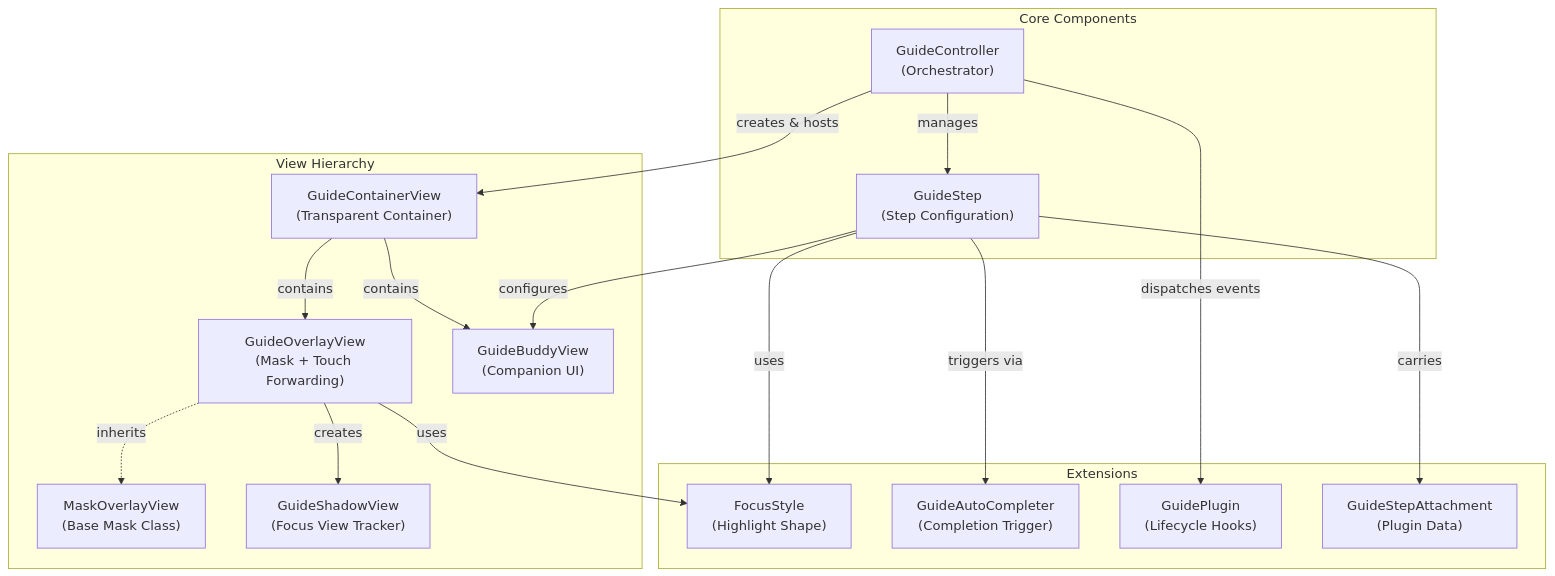
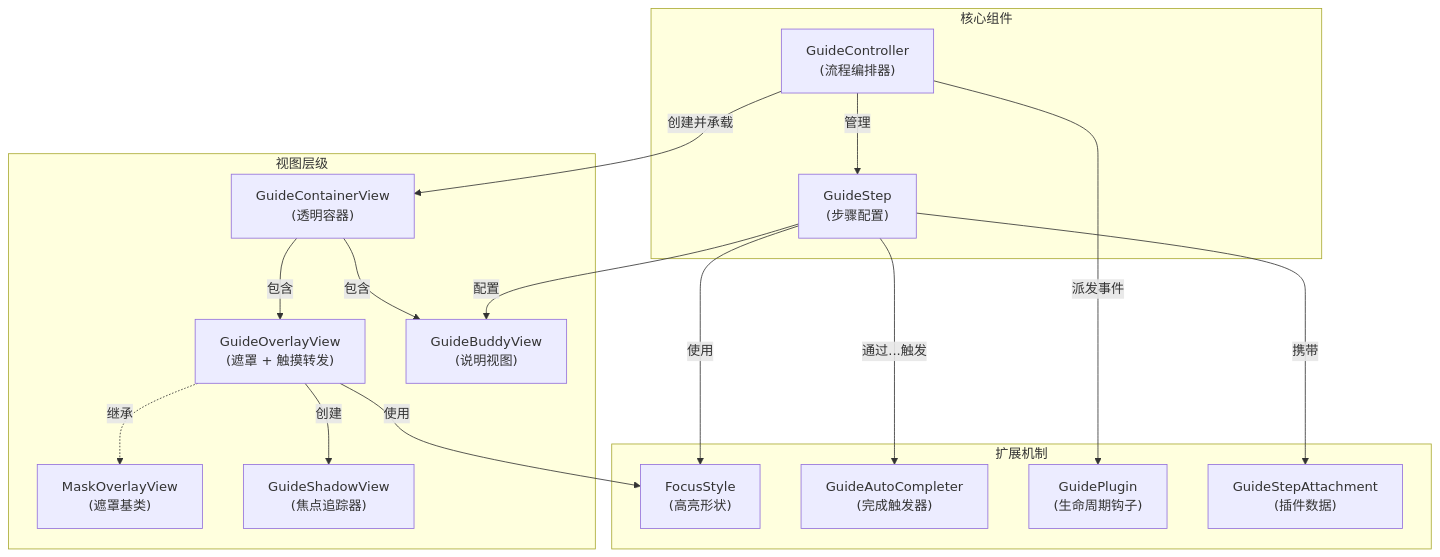
One commit to noodles1024/PolarisGuideKit changed the diagram in README.md. Above: the diagram before and after it, drawn with Mermaid. The commit also changed other lines of this file and 3 other files, not shown here.

````diff
--- a/README.md
+++ b/README.md
@@ -170,38 +170,38 @@
 ```mermaid
 flowchart TB
-    subgraph Core["Core Components"]
-        GuideController["GuideController<br/>(Orchestrator)"]
-        GuideStep["GuideStep<br/>(Step Configuration)"]
+    subgraph Core["核心组件"]
+        GuideController["GuideController<br/>(流程编排器)"]
+        GuideStep["GuideStep<br/>(步骤配置)"]
     end
 
-    subgraph ViewHierarchy["View Hierarchy"]
-        GuideContainerView["GuideContainerView<br/>(Transparent Container)"]
-        GuideOverlayView["GuideOverlayView<br/>(Mask + Touch Forwarding)"]
-        MaskOverlayView["MaskOverlayView<br/>(Base Mask Class)"]
-        GuideBuddyView["GuideBuddyView<br/>(Companion UI)"]
-        GuideShadowView["GuideShadowView<br/>(Focus View Tracker)"]
+    subgraph ViewHierarchy["视图层级"]
+        GuideContainerView["GuideContainerView<br/>(透明容器)"]
+        GuideOverlayView["GuideOverlayView<br/>(遮罩 + 触摸转发)"]
+        MaskOverlayView["MaskOverlayView<br/>(遮罩基类)"]
+        GuideBuddyView["GuideBuddyView<br/>(说明视图)"]
+        GuideShadowView["GuideShadowView<br/>(焦点追踪器)"]
     end
 
-    subgraph Extensions["Extensions"]
-        FocusStyle["FocusStyle<br/>(Highlight Shape)"]
-        GuideAutoCompleter["GuideAutoCompleter<br/>(Completion Trigger)"]
-        GuidePlugin["GuidePlugin<br/>(Lifecycle Hooks)"]
-        GuideStepAttachment["GuideStepAttachment<br/>(Plugin Data)"]
+    subgraph Extensions["扩展机制"]
+        FocusStyle["FocusStyle<br/>(高亮形状)"]
+        GuideAutoCompleter["GuideAutoCompleter<br/>(完成触发器)"]
+        GuidePlugin["GuidePlugin<br/>(生命周期钩子)"]
+        GuideStepAttachment["GuideStepAttachment<br/>(插件数据)"]
     end
 
-    GuideController -->|"manages"| GuideStep
-    GuideController -->|"creates & hosts"| GuideContainerView
-    GuideController -->|"dispatches events"| GuidePlugin
+    GuideController -->|"管理"| GuideStep
+    GuideController -->|"创建并承载"| GuideContainerView
+    GuideController -->|"派发事件"| GuidePlugin
     
-    GuideContainerView -->|"contains"| GuideOverlayView
-    GuideContainerView -->|"contains"| GuideBuddyView
+    GuideContainerView -->|"包含"| GuideOverlayView
+    GuideContainerView -->|"包含"| GuideBuddyView
     
-    GuideOverlayView -.->|"inherits"| MaskOverlayView
-    GuideOverlayView -->|"creates"| GuideShadowView
-    GuideOverlayView -->|"uses"| FocusStyle
+    GuideOverlayView -.->|"继承"| MaskOverlayView
+    GuideOverlayView -->|"创建"| GuideShadowView
+    GuideOverlayView -->|"使用"| FocusStyle
     
-    GuideStep -->|"configures"| GuideBuddyView
-    GuideStep -->|"uses"| FocusStyle
-    GuideStep -->|"triggers via"| GuideAutoCompleter
-    GuideStep -->|"carries"| GuideStepAttachment
+    GuideStep -->|"配置"| GuideBuddyView
+    GuideStep -->|"使用"| FocusStyle
+    GuideStep -->|"通过...触发"| GuideAutoCompleter
+    GuideStep -->|"携带"| GuideStepAttachment
 ```
````
